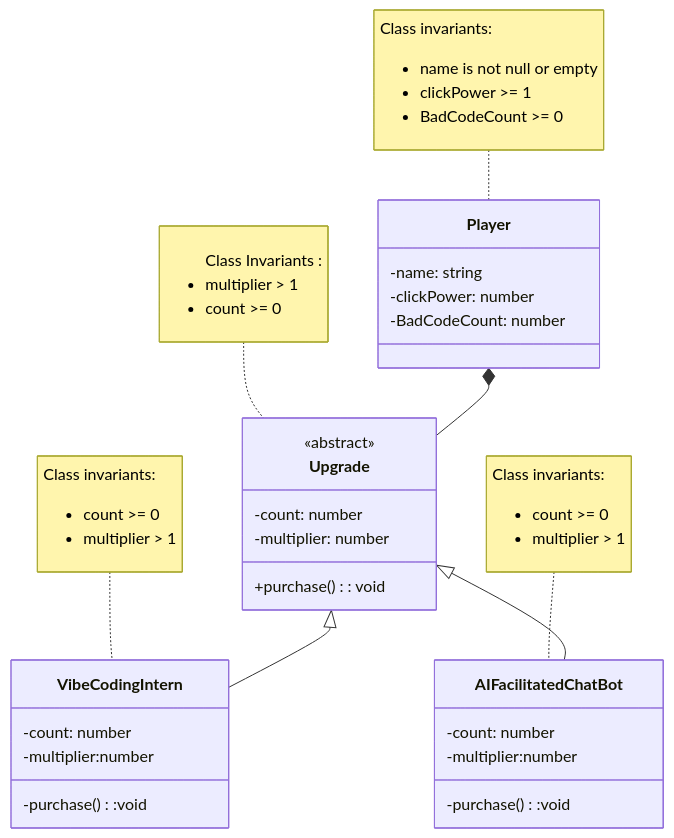
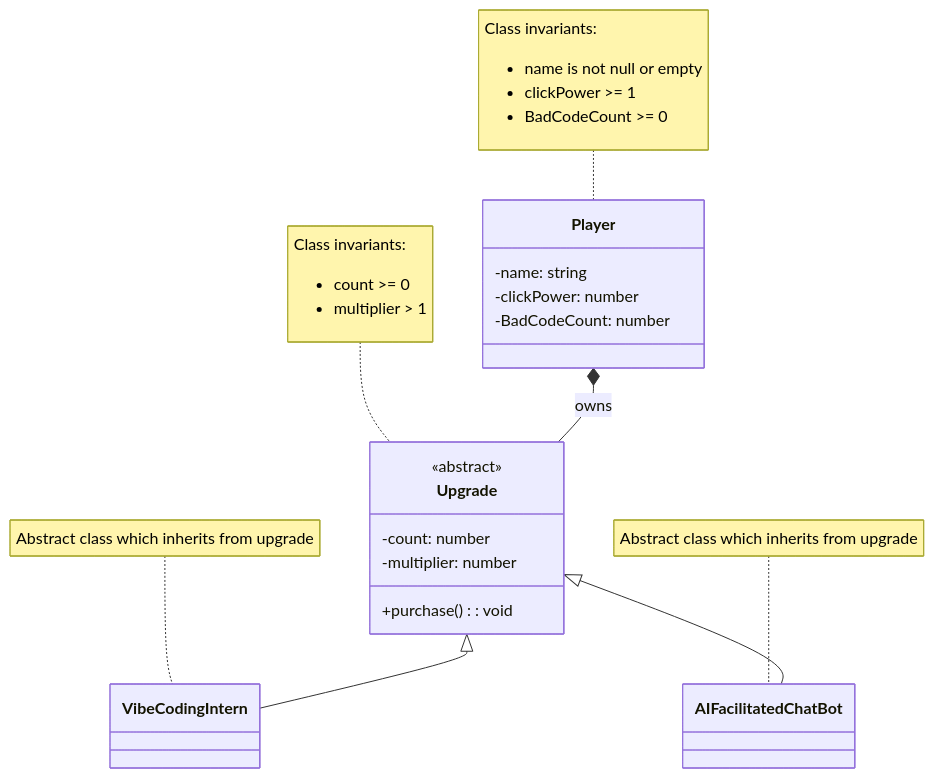
The diagram in domain.md (MoulikB/2452-project), drawn with Mermaid before and after one commit. The commit also changed other lines of this file, not shown here.

Commit message:
Updated domain and flows

````diff
--- a/domain.md
+++ b/domain.md
@@ -11,63 +11,46 @@
 ```mermaid
+
 classDiagram
+
 class Player {
     -name: string
     -clickPower: number
     -BadCodeCount: number
 }
 
 note for Player "Class invariants:
 <ul>
 <li>name is not null or empty</li>
 <li>clickPower >= 1</li>
 <li>BadCodeCount >= 0</li>
-</ul>
-"
+</ul>"
 
 class Upgrade {
     <<abstract>>
     -count: number
     -multiplier: number
     +purchase(): void
 }
 
-
-note for Upgrade "
-<ul> Class Invariants :
-<li>multiplier > 1</li>
-<li>count >= 0</li>
-</ul>
-"
-
-class VibeCodingIntern {
-    -count: number
-    -multiplier:number
-    -purchase():void
-}
-
-note for VibeCodingIntern "Class invariants:
-<ul>
-<li> count >= 0 </li>
-<li> multiplier > 1 </li>
-</ul>"
-
-class AIFacilitatedChatBot {
-    -count: number
-    -multiplier:number
-    -purchase():void
-}
-
-note for AIFacilitatedChatBot "Class invariants:
+note for Upgrade "Class invariants:
 <ul>
 <li>count >= 0</li>
 <li>multiplier > 1</li>
 </ul>"
 
+class VibeCodingIntern {
+}
+
+class AIFacilitatedChatBot {
+}
+
+note for VibeCodingIntern "Abstract class which inherits from upgrade"
+
+note for AIFacilitatedChatBot "Abstract class which inherits from upgrade"
+
 Upgrade <|-- VibeCodingIntern
 Upgrade <|-- AIFacilitatedChatBot
 
-
-
-Player *-- Upgrade
+Player *-- Upgrade : owns
 
 ```
````
